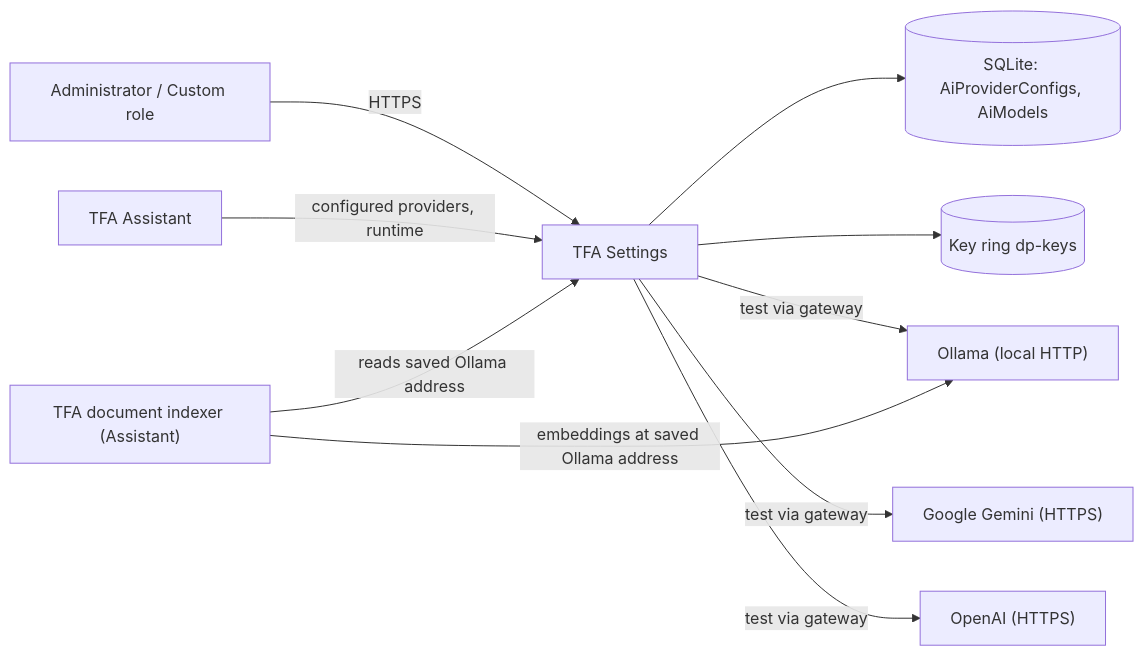
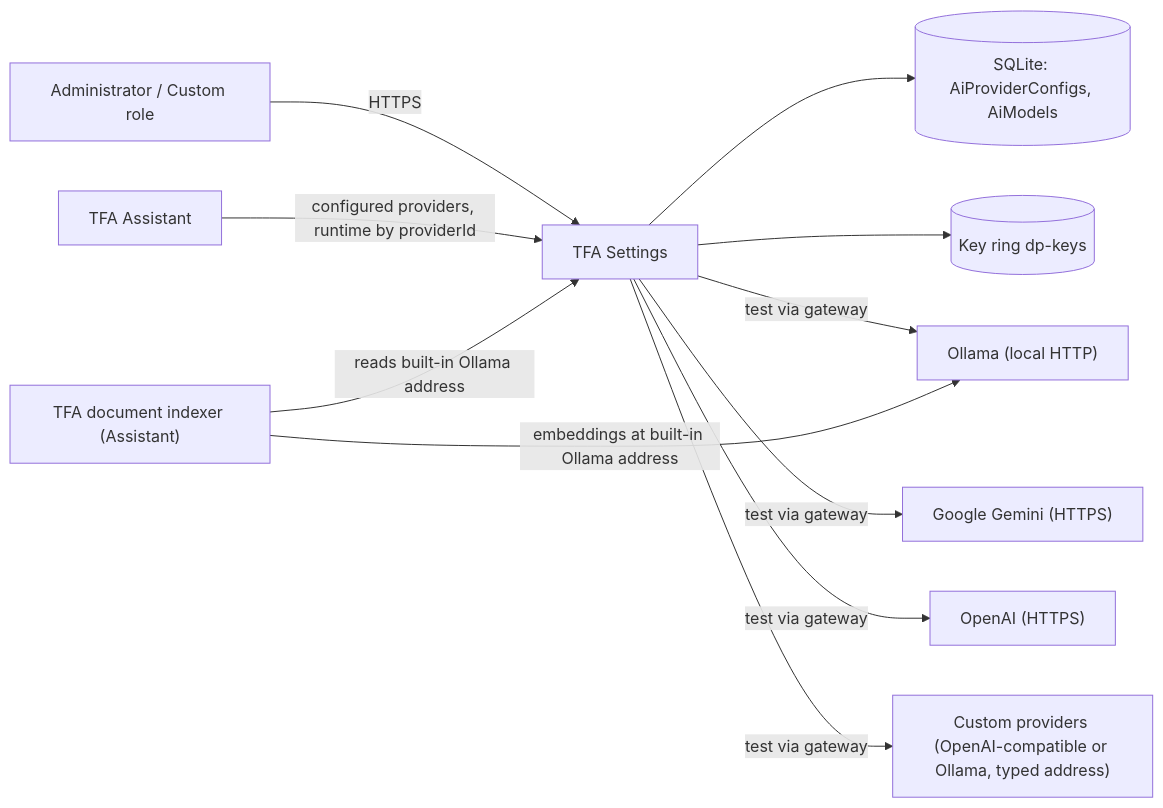
Before and after one commit to jojogeorge3344/TaskFlow-Project: the first of 9 diagrams in TF - Documents/TF - HLD/06-Settings/06.3-TFA-Settings/HLD-TFA-Settings.md, drawn with Mermaid. The commit also changed other lines of this file and 8 other files, not shown here.

First line of the commit message:
docs(tfa): document custom AI providers in the TFA Settings and Assistant docs

````diff
--- a/TF - Documents/TF - HLD/06-Settings/06.3-TFA-Settings/HLD-TFA-Settings.md
+++ b/TF - Documents/TF - HLD/06-Settings/06.3-TFA-Settings/HLD-TFA-Settings.md
@@ -86,12 +96,13 @@
 ```mermaid
 flowchart LR
   ADM["Administrator / Custom role"] -->|"HTTPS"| TFAS["TFA Settings"]
   TFAS --> DB[("SQLite: AiProviderConfigs, AiModels")]
   TFAS --> KR[("Key ring dp-keys")]
   TFAS -->|"test via gateway"| OL["Ollama (local HTTP)"]
   TFAS -->|"test via gateway"| GE["Google Gemini (HTTPS)"]
   TFAS -->|"test via gateway"| OA["OpenAI (HTTPS)"]
-  TFA["TFA Assistant"] -->|"configured providers, runtime"| TFAS
-  IDX["TFA document indexer (Assistant)"] -->|"reads saved Ollama address"| TFAS
-  IDX -->|"embeddings at saved Ollama address"| OL
+  TFAS -->|"test via gateway"| CU["Custom providers (OpenAI-compatible or Ollama, typed address)"]
+  TFA["TFA Assistant"] -->|"configured providers, runtime by providerId"| TFAS
+  IDX["TFA document indexer (Assistant)"] -->|"reads built-in Ollama address"| TFAS
+  IDX -->|"embeddings at built-in Ollama address"| OL
 ```
````
